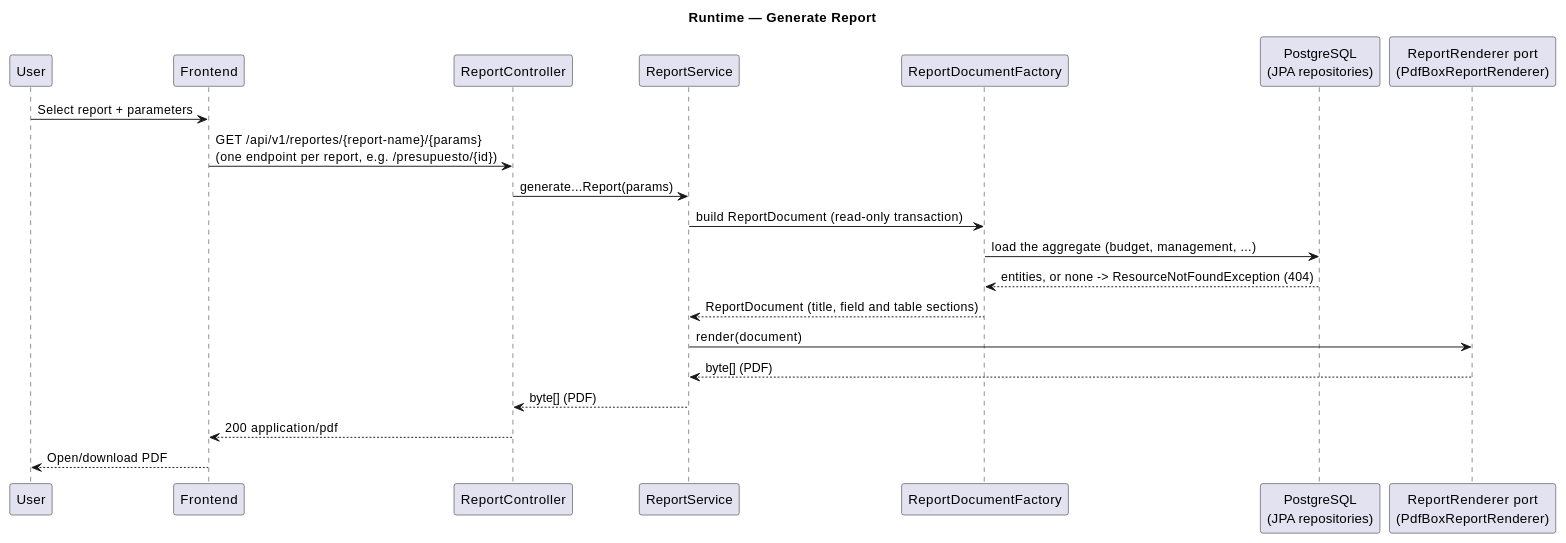
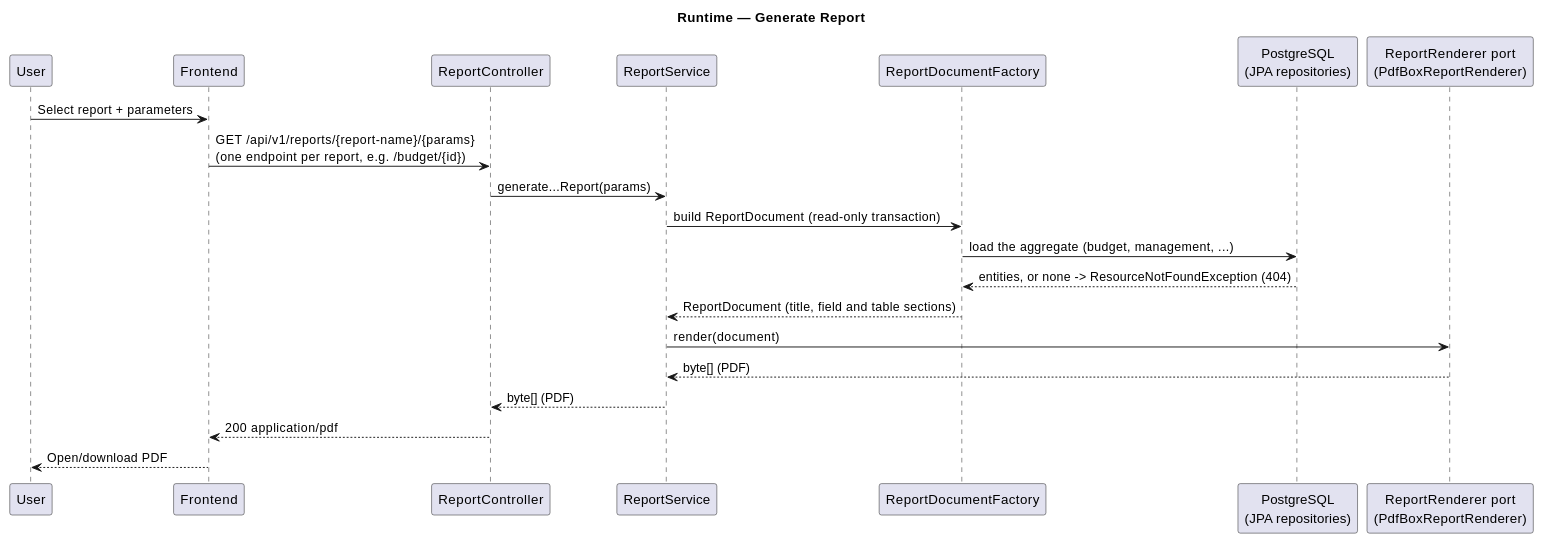
Before and after one commit to matiaspakua/notaire: the tenth of 13 diagrams in docs/200-architecture/201-SAD/sad.md, drawn with PlantUML. The commit also changed other lines of this file and 1430 other files, not shown here.

````diff
--- a/docs/200-architecture/201-SAD/sad.md
+++ b/docs/200-architecture/201-SAD/sad.md
@@ -708,26 +720,26 @@
 ```plantuml
 @startuml
 title Runtime — Generate Report
 
 participant "User" as U
 participant "Frontend" as FE
 participant "ReportController" as Ctrl
 participant "ReportService" as Svc
 participant "ReportDocumentFactory" as Factory
 participant "PostgreSQL\n(JPA repositories)" as DB
 participant "ReportRenderer port\n(PdfBoxReportRenderer)" as Renderer
 
 U -> FE : Select report + parameters
-FE -> Ctrl : GET /api/v1/reportes/{report-name}/{params}\n(one endpoint per report, e.g. /presupuesto/{id})
+FE -> Ctrl : GET /api/v1/reports/{report-name}/{params}\n(one endpoint per report, e.g. /budget/{id})
 Ctrl -> Svc : generate...Report(params)
 Svc -> Factory : build ReportDocument (read-only transaction)
 Factory -> DB : load the aggregate (budget, management, ...)
 DB --> Factory : entities, or none -> ResourceNotFoundException (404)
 Factory --> Svc : ReportDocument (title, field and table sections)
 Svc -> Renderer : render(document)
 Renderer --> Svc : byte[] (PDF)
 Svc --> Ctrl : byte[] (PDF)
 Ctrl --> FE : 200 application/pdf
 FE --> U : Open/download PDF
 @enduml
 ```
````
